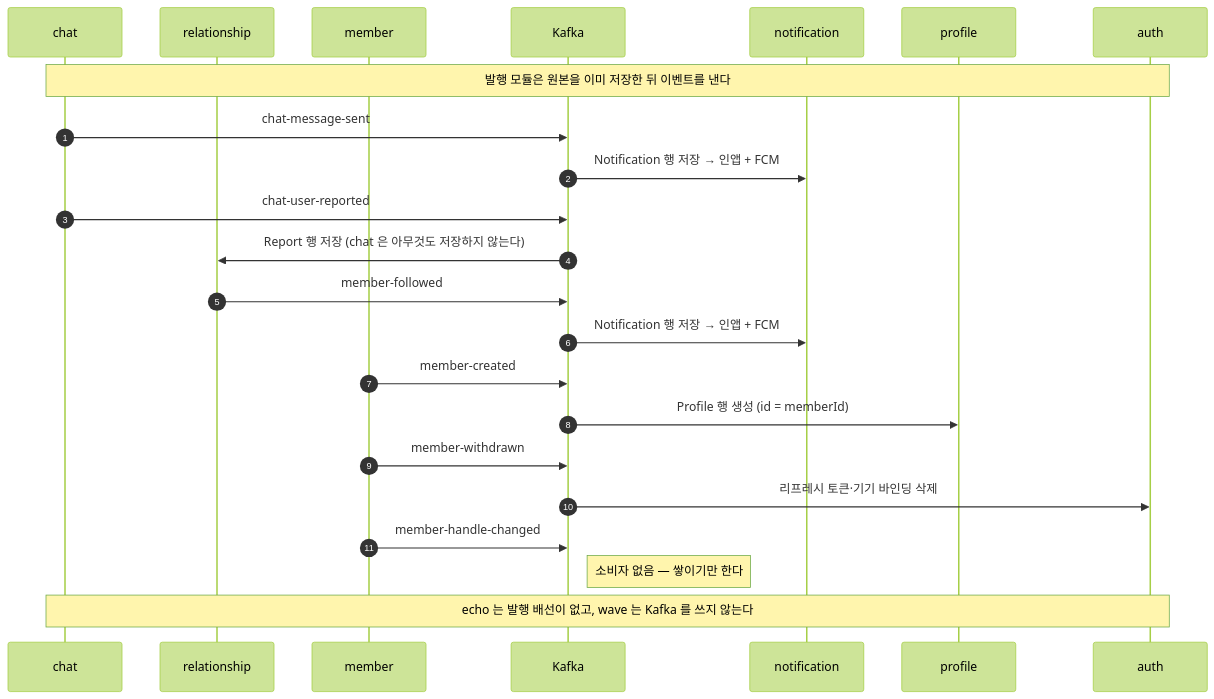
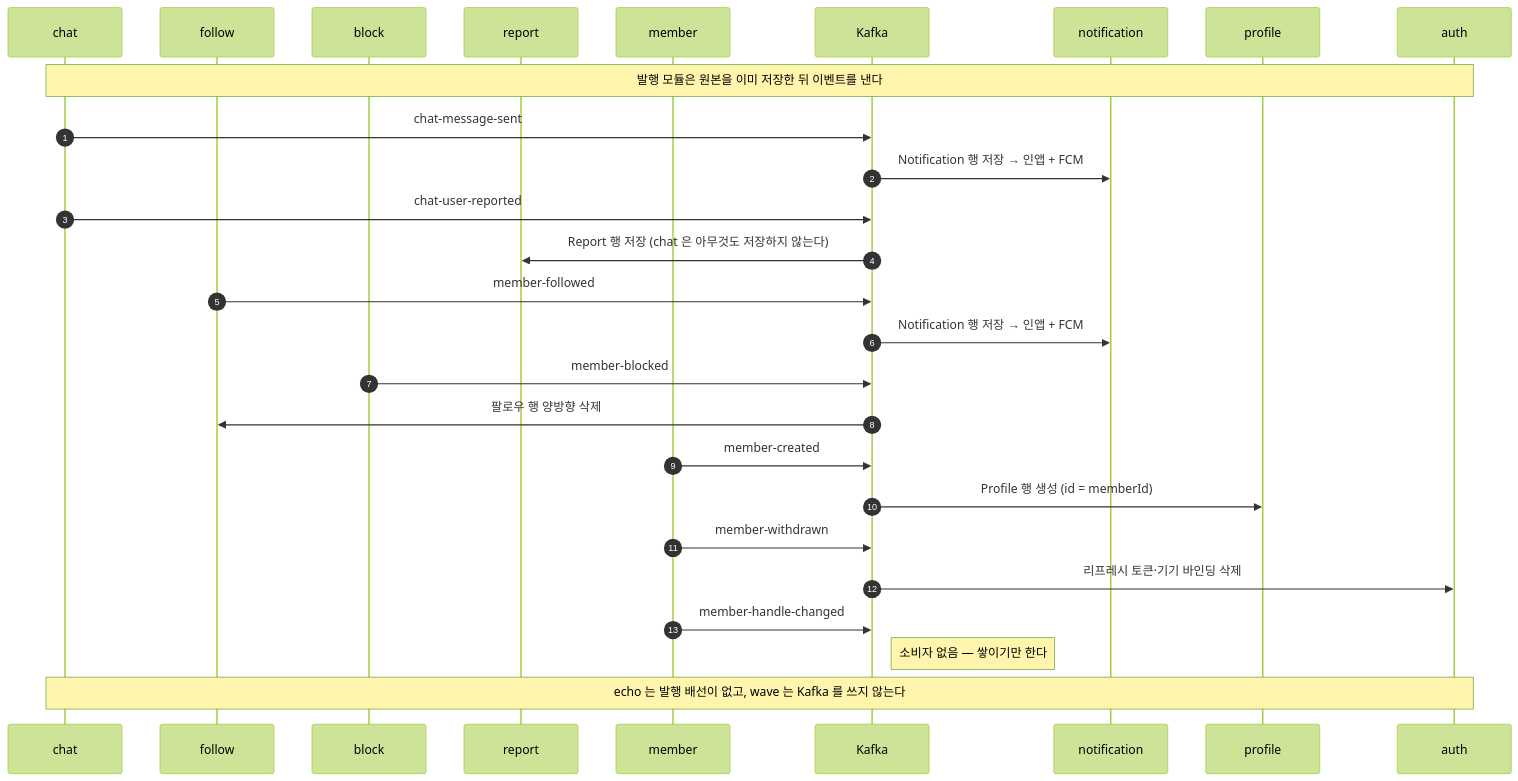
The first of 15 diagrams in ARCHITECTURE.md (rvlwldev/langlez-backend), drawn with Mermaid (forest theme) before and after one commit. The commit also changed other lines of this file and 161 other files, not shown here.

First line of the commit message:
refactor(relationship): relationship 을 follow / block / report 세 모듈로 분리한다 (#37)

````diff
--- a/ARCHITECTURE.md
+++ b/ARCHITECTURE.md
@@ -14,33 +14,38 @@
 ```mermaid
 sequenceDiagram
     autonumber
     participant chat
-    participant rel as relationship
+    participant fol as follow
+    participant blk as block
+    participant rep as report
     participant member
     participant K as Kafka
     participant noti as notification
     participant prof as profile
     participant auth
 
     Note over chat,auth: 발행 모듈은 원본을 이미 저장한 뒤 이벤트를 낸다
 
     chat->>K: chat-message-sent
     K->>noti: Notification 행 저장 → 인앱 + FCM
 
     chat->>K: chat-user-reported
-    K->>rel: Report 행 저장 (chat 은 아무것도 저장하지 않는다)
+    K->>rep: Report 행 저장 (chat 은 아무것도 저장하지 않는다)
 
-    rel->>K: member-followed
+    fol->>K: member-followed
     K->>noti: Notification 행 저장 → 인앱 + FCM
+
+    blk->>K: member-blocked
+    K->>fol: 팔로우 행 양방향 삭제
 
     member->>K: member-created
     K->>prof: Profile 행 생성 (id = memberId)
 
     member->>K: member-withdrawn
     K->>auth: 리프레시 토큰·기기 바인딩 삭제
 
     member->>K: member-handle-changed
     Note right of K: 소비자 없음 — 쌓이기만 한다
 
     Note over chat,auth: echo 는 발행 배선이 없고, wave 는 Kafka 를 쓰지 않는다
 ```
````
